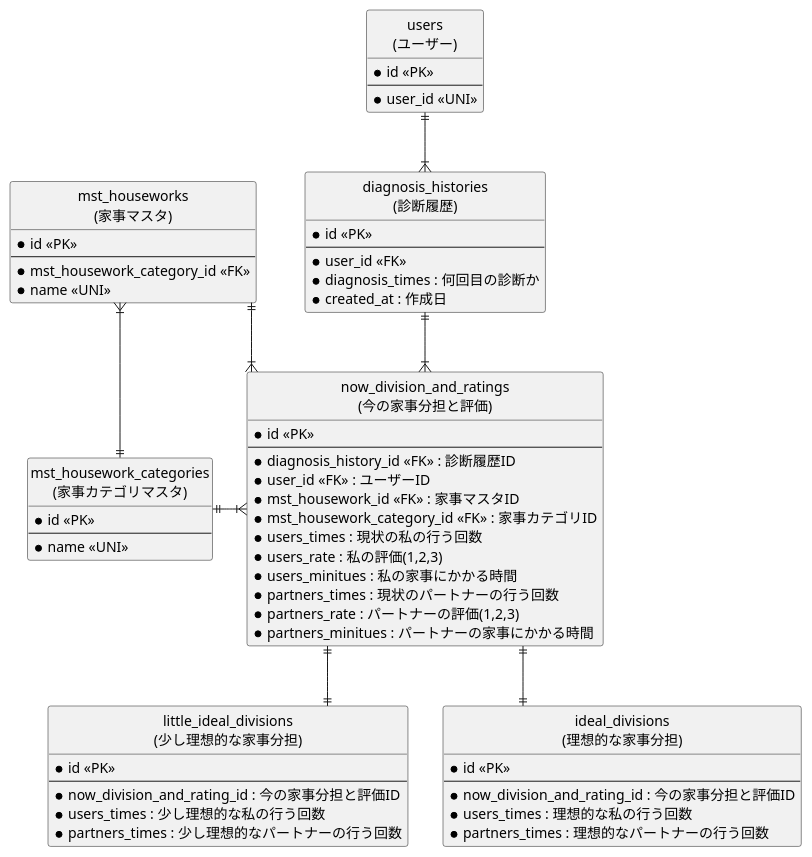
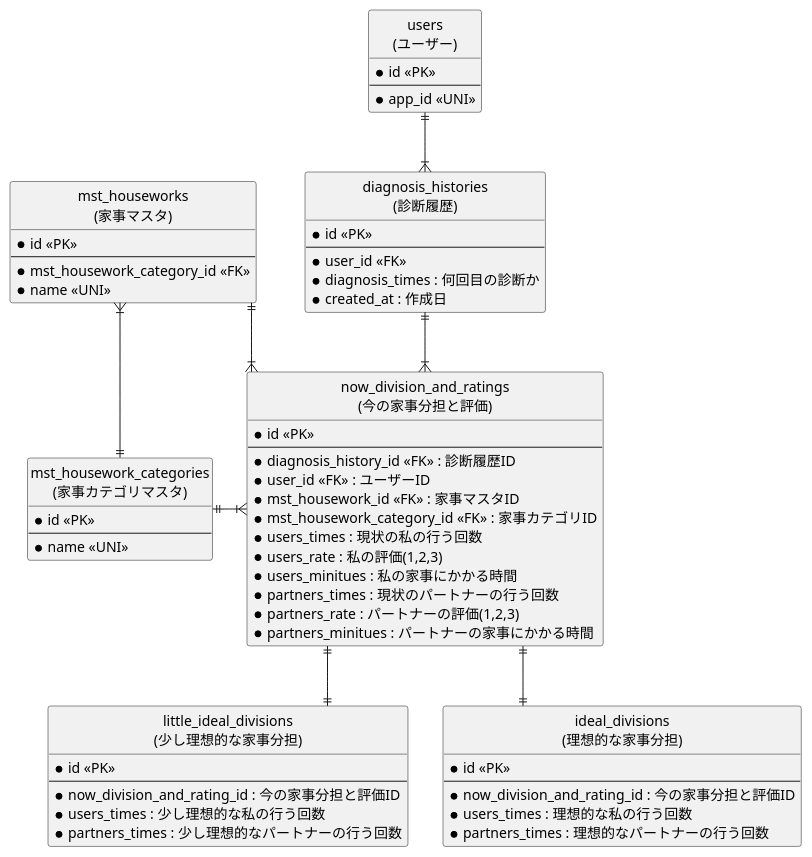
One commit to kaji-buntan-project/kaji-buntan changed the diagram in tableStructure.pu. Above: the diagram before and after it, drawn with PlantUML.

Commit message:
Change users.user_id to users.app_id

```diff
--- a/tableStructure.pu
+++ b/tableStructure.pu
@@ -1,74 +1,74 @@
 @startuml houseWorkSharing
 ' hide the spot
 hide circle
 
 ' avoid problems with angled crows feet
 skinparam linetype ortho
 
 entity users as "users\n(ユーザー)" {
     * id <<PK>>
     --
-    * user_id <<UNI>> 
+    * app_id <<UNI>> 
 }
 
 entity mst_houseworks as "mst_houseworks\n(家事マスタ)" {
     * id <<PK>>
     --
     * mst_housework_category_id <<FK>>
     * name <<UNI>>
 }
 
 entity mst_housework_categories as "mst_housework_categories\n(家事カテゴリマスタ)" {
     * id <<PK>>
     --
     * name <<UNI>>
 }
 
 entity diagnosis_histories as "diagnosis_histories\n(診断履歴)" {
     * id <<PK>>
     --
     * user_id <<FK>>
     * diagnosis_times : 何回目の診断か
     * created_at : 作成日
 }
 
 entity now_division_and_ratings as "now_division_and_ratings\n(今の家事分担と評価)" {
     * id <<PK>>
     --
     * diagnosis_history_id <<FK>> : 診断履歴ID
     * user_id <<FK>> : ユーザーID
     * mst_housework_id <<FK>> : 家事マスタID
     * mst_housework_category_id <<FK>> : 家事カテゴリID
     * users_times : 現状の私の行う回数
     * users_rate : 私の評価(1,2,3)
     * users_minitues : 私の家事にかかる時間
     * partners_times : 現状のパートナーの行う回数
     * partners_rate : パートナーの評価(1,2,3)
     * partners_minitues : パートナーの家事にかかる時間
 }
 
 entity little_ideal_divisions as "little_ideal_divisions\n(少し理想的な家事分担)" {
     * id <<PK>>
     --
     * now_division_and_rating_id : 今の家事分担と評価ID
     * users_times : 少し理想的な私の行う回数
     * partners_times : 少し理想的なパートナーの行う回数
 }
 
 entity ideal_divisions as "ideal_divisions\n(理想的な家事分担)" {
     * id <<PK>>
     --
     * now_division_and_rating_id : 今の家事分担と評価ID
     * users_times : 理想的な私の行う回数
     * partners_times : 理想的なパートナーの行う回数
 }
 
 users ||--|{ diagnosis_histories
 diagnosis_histories ||--|{ now_division_and_ratings
 now_division_and_ratings ||--|| little_ideal_divisions
 now_division_and_ratings ||--|| ideal_divisions
 mst_houseworks }|--|| mst_housework_categories
 now_division_and_ratings }|-l-|| mst_houseworks
 now_division_and_ratings }|-l-|| mst_housework_categories
 
 @enduml
```
